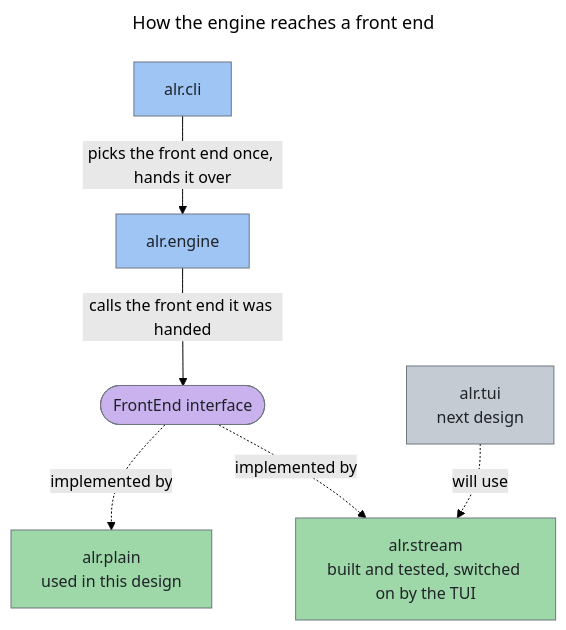
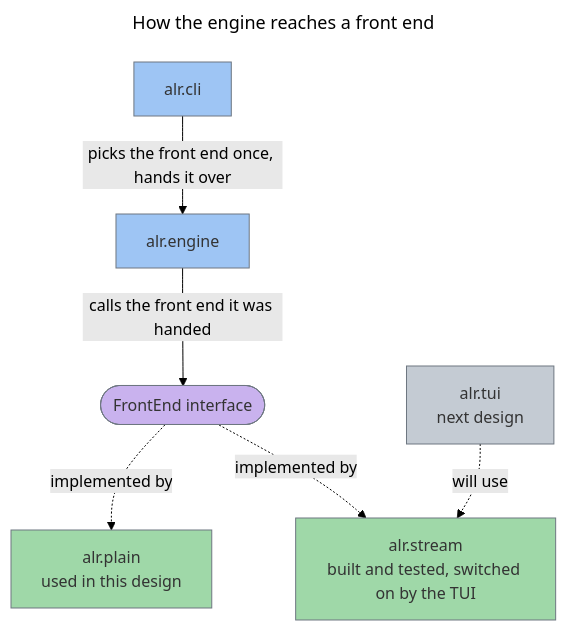
The second of 4 diagrams in docs/design/03_system_architecture.md (twistingmercury/agentic_loop_runner), drawn with Mermaid (forest theme) before and after one commit. The commit also changed other lines of this file and 1 other file, not shown here.

First line of the commit message:
Make the overview diagram text dark on every block

````diff
--- a/docs/design/03_system_architecture.md
+++ b/docs/design/03_system_architecture.md
@@ -55,23 +55,23 @@
 ```mermaid
 ---
 title: How the engine reaches a front end
 ---
 flowchart TD
     cli["alr.cli"]:::blue
     engine["alr.engine"]:::blue
     iface(["FrontEnd interface"]):::purple
     plain["alr.plain<br/>used in this design"]:::green
     stream["alr.stream<br/>built and tested, switched on by the TUI"]:::green
     tui["alr.tui<br/>next design"]:::gray
 
     cli -->|"picks the front end once, hands it over"| engine
     engine -->|"calls the front end it was handed"| iface
     iface -.->|implemented by| plain
     iface -.->|implemented by| stream
     tui -.->|"will use"| stream
 
-    classDef blue fill:#9ec5f4,stroke:#6e7781,color:#1f2328
-    classDef green fill:#9fd8a8,stroke:#6e7781,color:#1f2328
-    classDef purple fill:#c9b2ee,stroke:#6e7781,color:#1f2328
-    classDef gray fill:#c4cbd3,stroke:#6e7781,color:#1f2328
+    classDef blue fill:#9ec5f4,stroke:#6e7781,color:#333333
+    classDef green fill:#9fd8a8,stroke:#6e7781,color:#333333
+    classDef purple fill:#c9b2ee,stroke:#6e7781,color:#333333
+    classDef gray fill:#c4cbd3,stroke:#6e7781,color:#333333
 ```
````
